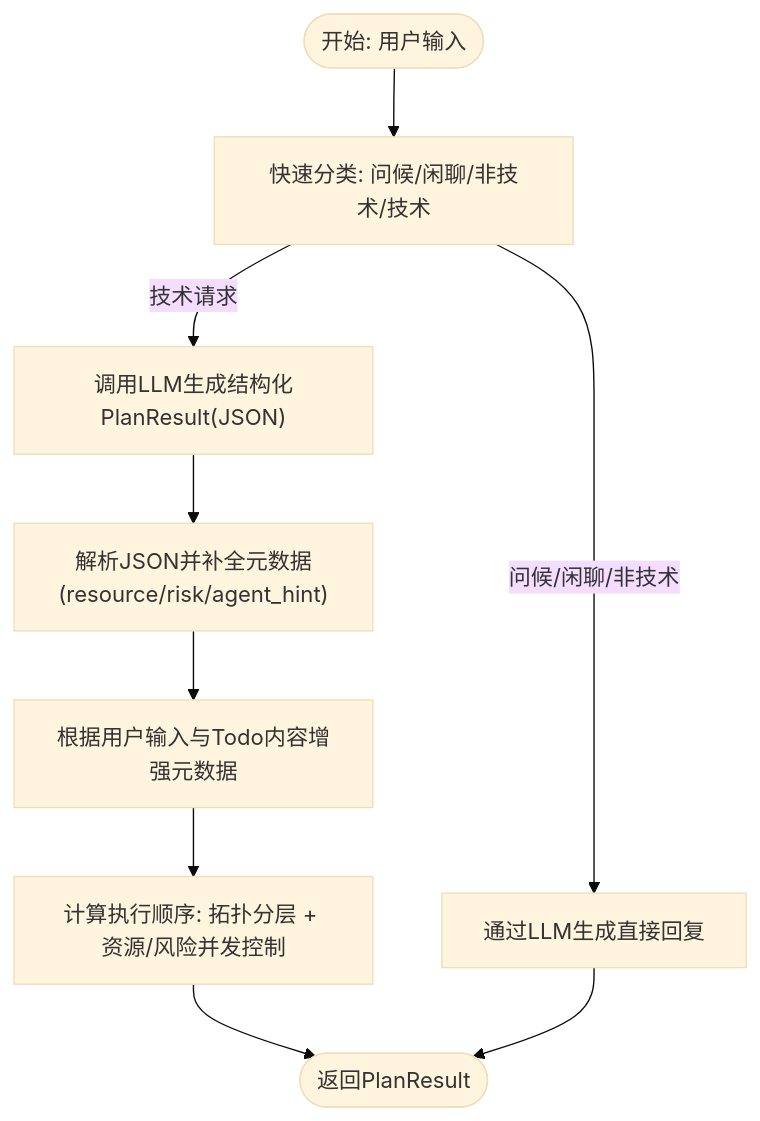
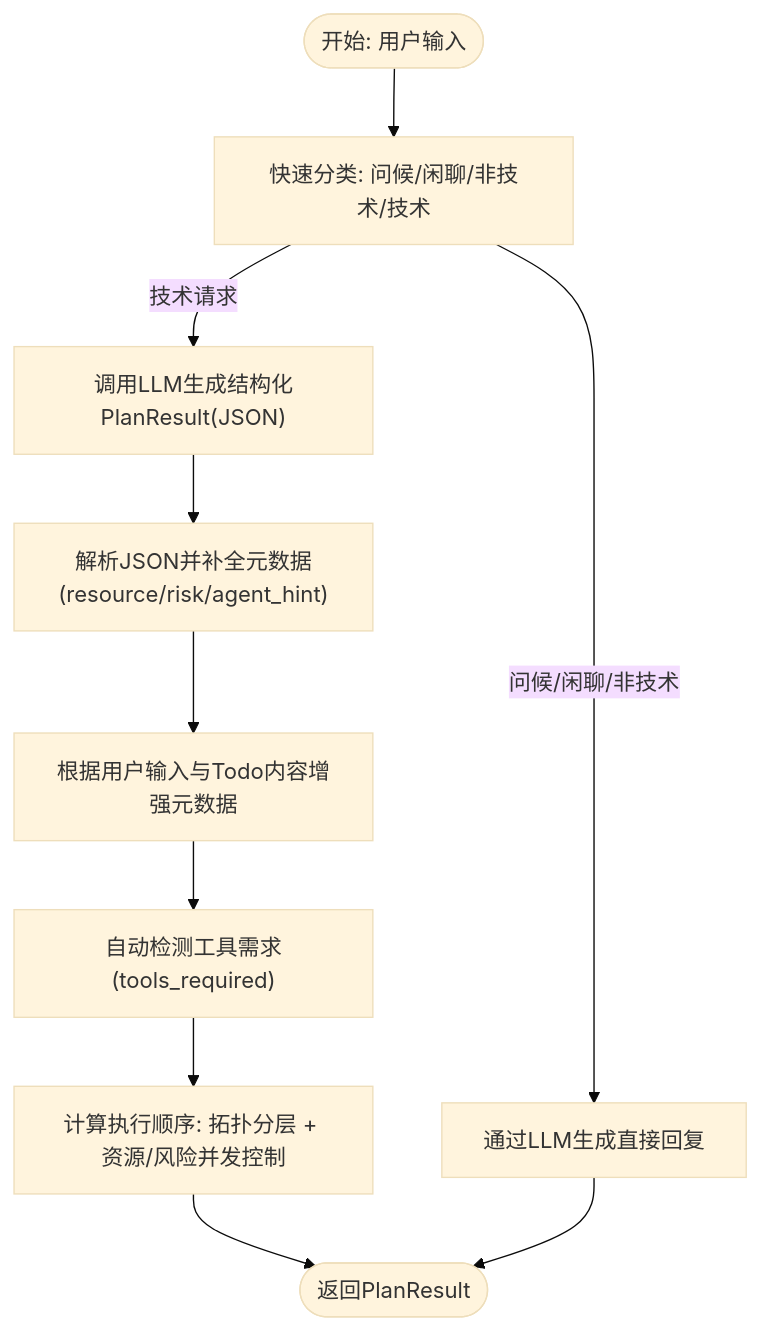
The third of 6 diagrams in .qoder/repowiki/zh/content/项目概述/核心功能特性/多智能体协作系统/规划智能体.md (iammm0/secbot), drawn with Mermaid (base theme) before and after one commit. The commit also changed other lines of this file and 9 other files, not shown here.

````diff
--- a/.qoder/repowiki/zh/content/项目概述/核心功能特性/多智能体协作系统/规划智能体.md
+++ b/.qoder/repowiki/zh/content/项目概述/核心功能特性/多智能体协作系统/规划智能体.md
@@ -119,11 +134,12 @@
 ```mermaid
 flowchart TD
 Start(["开始: 用户输入"]) --> Classify["快速分类: 问候/闲聊/非技术/技术"]
 Classify --> |问候/闲聊/非技术| Reply["通过LLM生成直接回复"]
 Classify --> |技术请求| Plan["调用LLM生成结构化PlanResult(JSON)"]
 Plan --> Parse["解析JSON并补全元数据(resource/risk/agent_hint)"]
 Parse --> Enrich["根据用户输入与Todo内容增强元数据"]
-Enrich --> Order["计算执行顺序: 拓扑分层 + 资源/风险并发控制"]
+Enrich --> Detect["自动检测工具需求(tools_required)"]
+Detect --> Order["计算执行顺序: 拓扑分层 + 资源/风险并发控制"]
 Order --> Done(["返回PlanResult"])
 Reply --> Done
 ```
````
